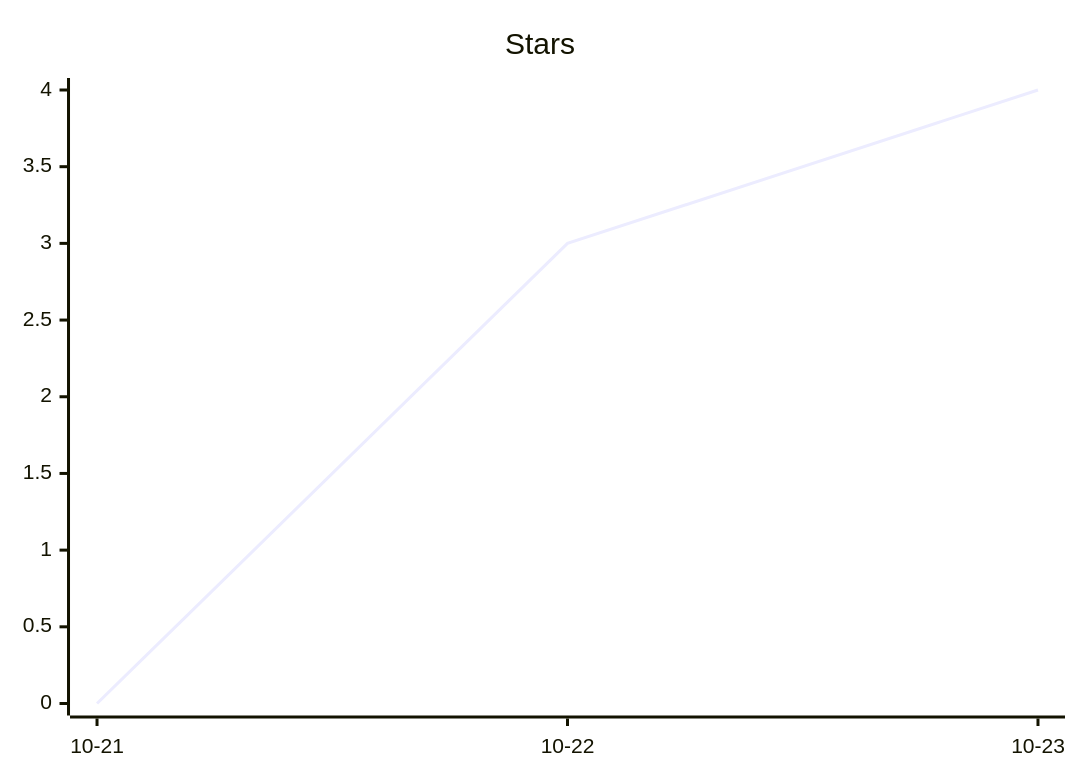
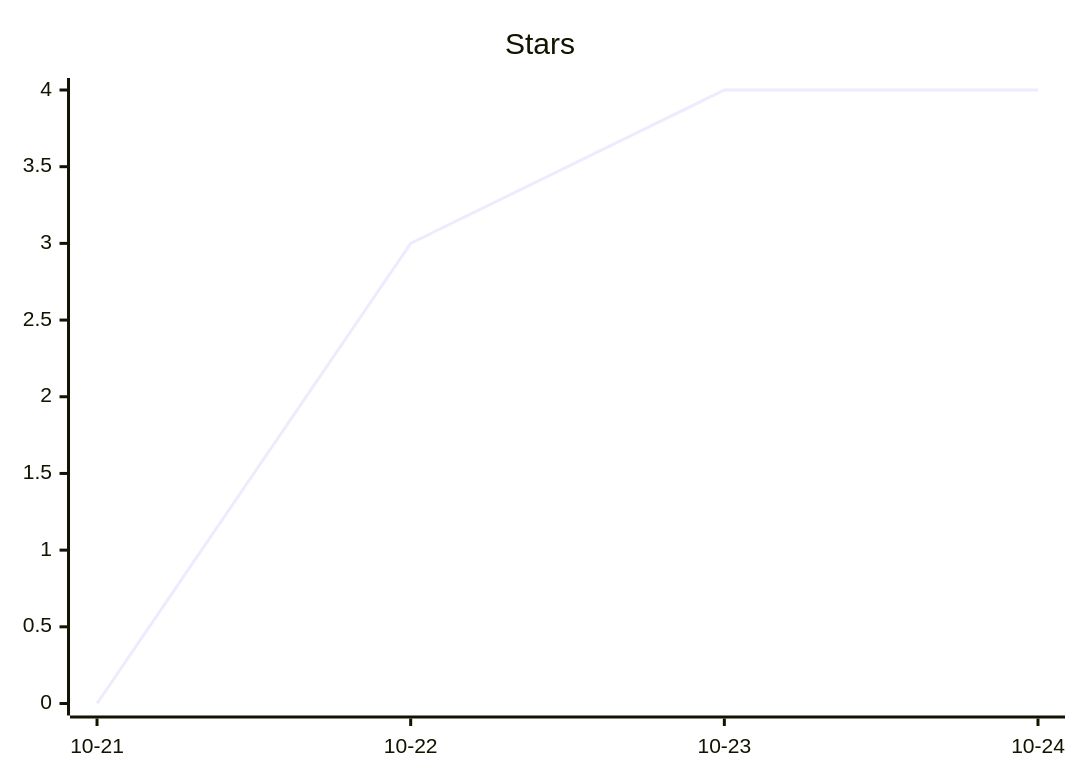
Before and after one commit to ArtemkaGoldMan/ContextSwitcher: the second of 3 diagrams in README.md, drawn with Mermaid. The commit also changed other lines of this file and 6 other files, not shown here.

````diff
--- a/README.md
+++ b/README.md
@@ -43,6 +43,6 @@
 ```mermaid
 xychart-beta
     title "Stars"
-    x-axis ["10-21", "10-22", "10-23"]
-    line [0, 3, 4]
+    x-axis ["10-21", "10-22", "10-23", "10-24"]
+    line [0, 3, 4, 4]
 ```
````
